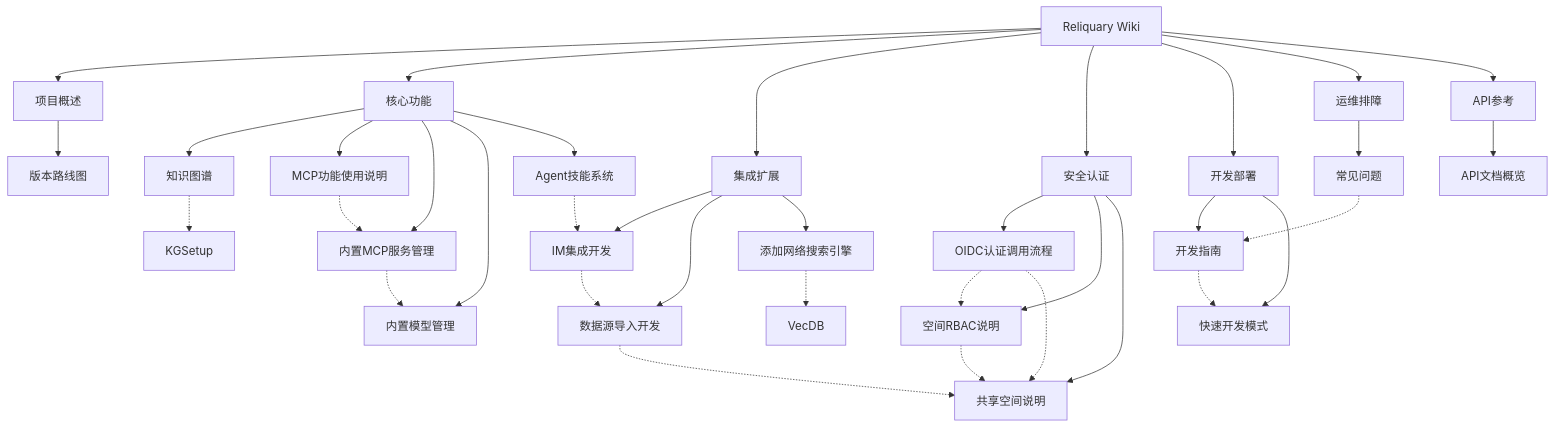
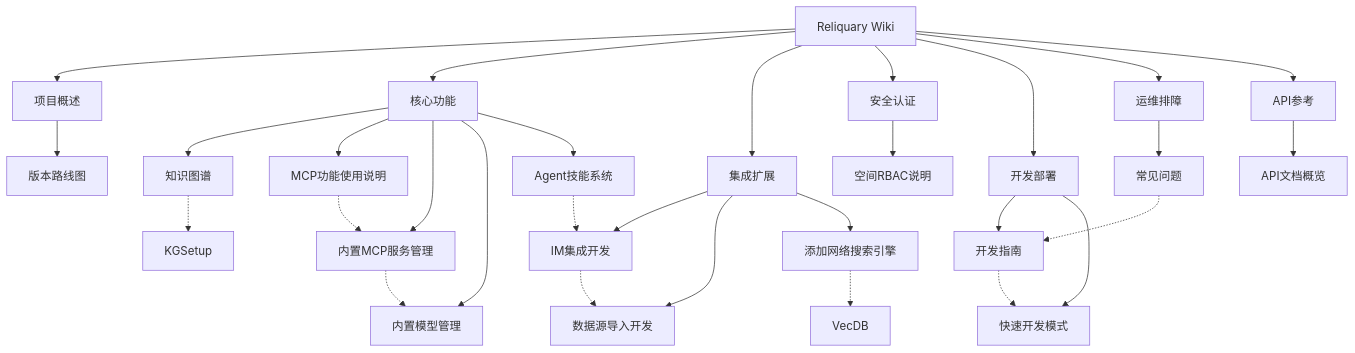
Before and after one commit to Dikui/Reliquary: the diagram in docs/wiki/Home.md, drawn with Mermaid. The commit also changed other lines of this file and 768 other files, not shown here.

````diff
--- a/docs/wiki/Home.md
+++ b/docs/wiki/Home.md
@@ -68,47 +66,41 @@
 ```mermaid
 graph TB
     Home[Reliquary Wiki]
     Home --> 项目概述
     Home --> 核心功能
     Home --> 集成扩展
     Home --> 安全认证
     Home --> 开发部署
     Home --> 运维排障
     Home --> API参考
 
     项目概述 --> ROADMAP[版本路线图]
 
     核心功能 --> KG[知识图谱]
     核心功能 --> MCP[MCP功能使用说明]
     核心功能 --> BuiltinMCP[内置MCP服务管理]
     核心功能 --> BuiltinModel[内置模型管理]
     核心功能 --> Skills[Agent技能系统]
 
     集成扩展 --> IM[IM集成开发]
     集成扩展 --> DS[数据源导入开发]
     集成扩展 --> WebSearch[添加网络搜索引擎]
 
-    安全认证 --> OIDC[OIDC认证调用流程]
     安全认证 --> RBAC[空间RBAC说明]
-    安全认证 --> SharedSpace[共享空间说明]
 
     开发部署 --> DevGuide[开发指南]
     开发部署 --> QuickDev[快速开发模式]
 
     运维排障 --> FAQ[常见问题]
 
     API参考 --> APIOverview[API文档概览]
 
     KG -.-> KGSetup
     MCP -.-> BuiltinMCP
     BuiltinMCP -.-> BuiltinModel
     Skills -.-> IM
     IM -.-> DS
-    DS -.-> SharedSpace
-    OIDC -.-> RBAC
-    RBAC -.-> SharedSpace
-    OIDC -.-> SharedSpace
     WebSearch -.-> VecDB
     DevGuide -.-> QuickDev
     FAQ -.-> DevGuide
 ```
````
